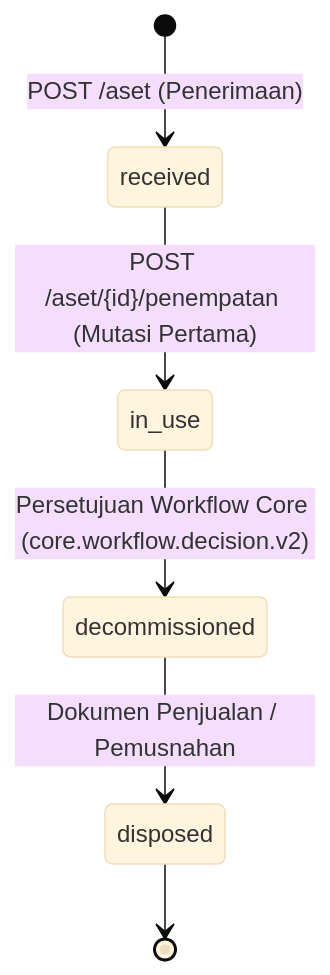
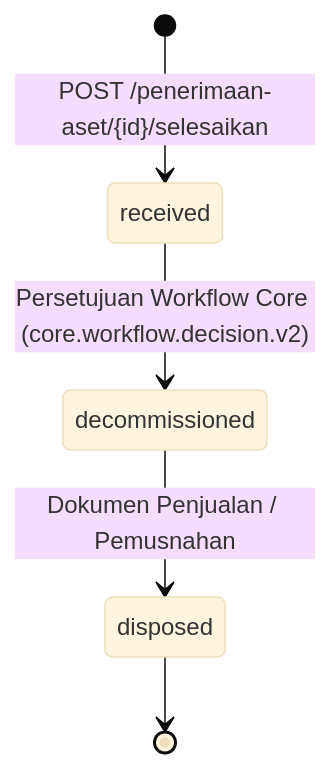
Before and after one commit to MettaDevs/coreERP: the second of 3 diagrams in docs/apps/management-aset/transaction/register-aset/index.md, drawn with Mermaid (base theme). The commit also changed other lines of this file and 151 other files, not shown here.

````diff
--- a/docs/apps/management-aset/transaction/register-aset/index.md
+++ b/docs/apps/management-aset/transaction/register-aset/index.md
@@ -52,8 +52,7 @@
 ```mermaid
 stateDiagram-v2
-    [*] --> received: POST /aset (Penerimaan)
-    received --> in_use: POST /aset/{id}/penempatan (Mutasi Pertama)
-    in_use --> decommissioned: Persetujuan Workflow Core (core.workflow.decision.v2)
+    [*] --> received: POST /penerimaan-aset/{id}/selesaikan
+    received --> decommissioned: Persetujuan Workflow Core (core.workflow.decision.v2)
     decommissioned --> disposed: Dokumen Penjualan / Pemusnahan
     disposed --> [*]
 ```
````
